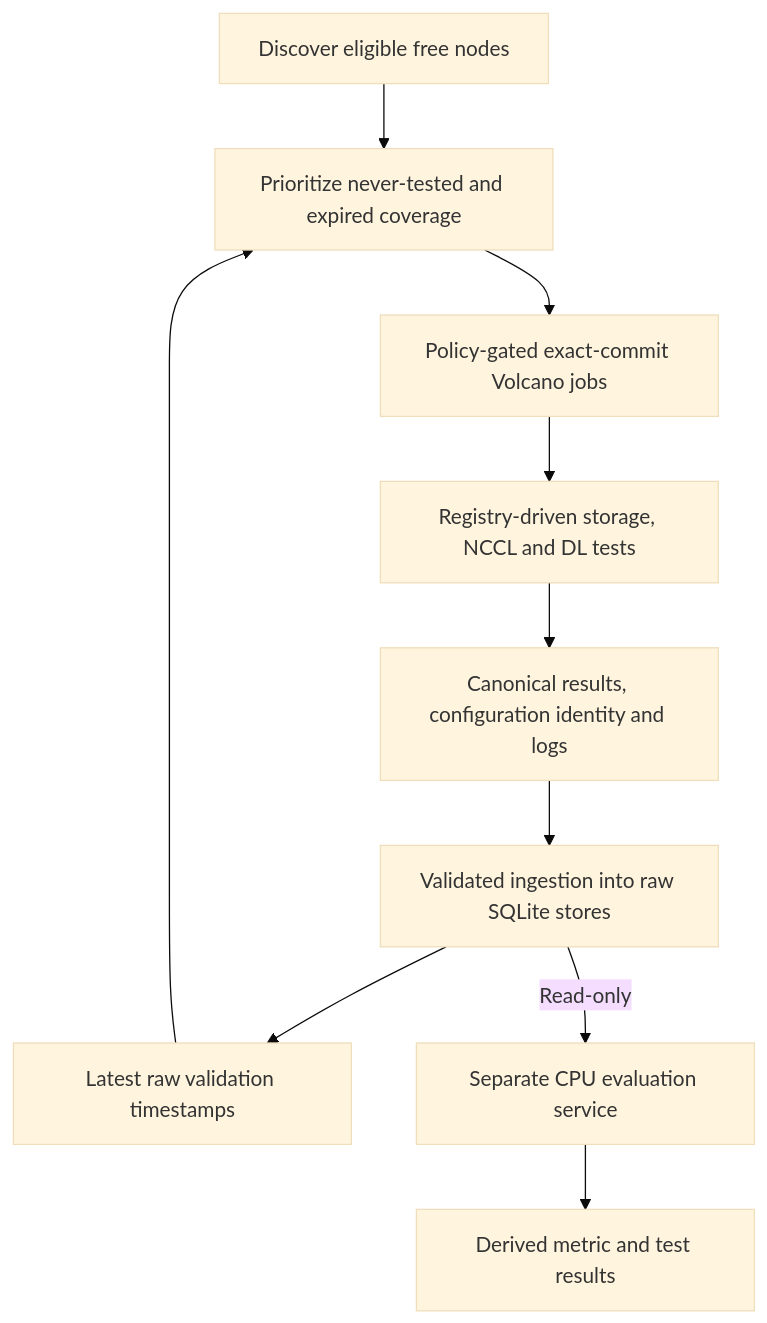
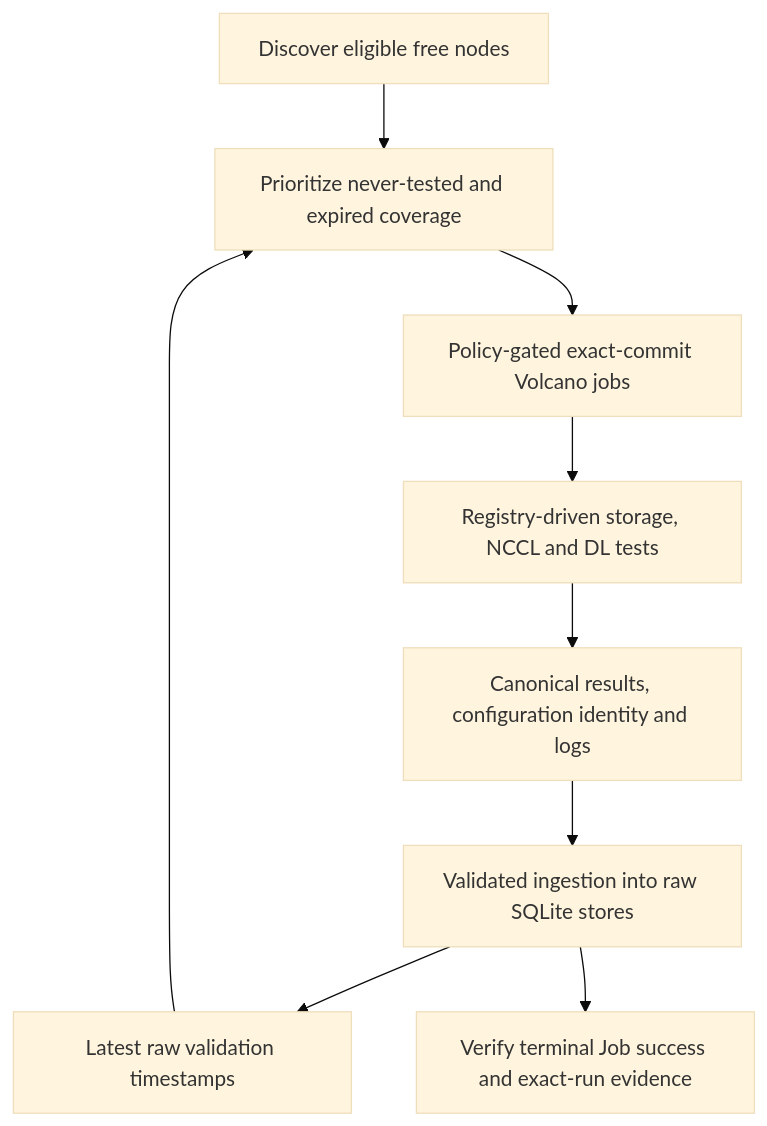
Before and after one commit to IamNirmata/c-val: the diagram in README.md, drawn with Mermaid (base theme). The commit also changed other lines of this file and 47 other files, not shown here.

Commit message:
Remove downstream evaluation and retain raw validation scope

````diff
--- a/README.md
+++ b/README.md
@@ -19,12 +18,11 @@
 ```mermaid
 flowchart TD
     Discovery["Discover eligible free nodes"] --> Queue["Prioritize never-tested and expired coverage"]
     History["Latest raw validation timestamps"] --> Queue
     Queue --> Jobs["Policy-gated exact-commit Volcano jobs"]
     Jobs --> Tests["Registry-driven storage, NCCL and DL tests"]
     Tests --> Evidence["Canonical results, configuration identity and logs"]
     Evidence --> Raw["Validated ingestion into raw SQLite stores"]
     Raw --> History
-    Raw -->|Read-only| Evaluator["Separate CPU evaluation service"]
-    Evaluator --> Derived["Derived metric and test results"]
+    Raw --> Verify["Verify terminal Job success and exact-run evidence"]
 ```
````
